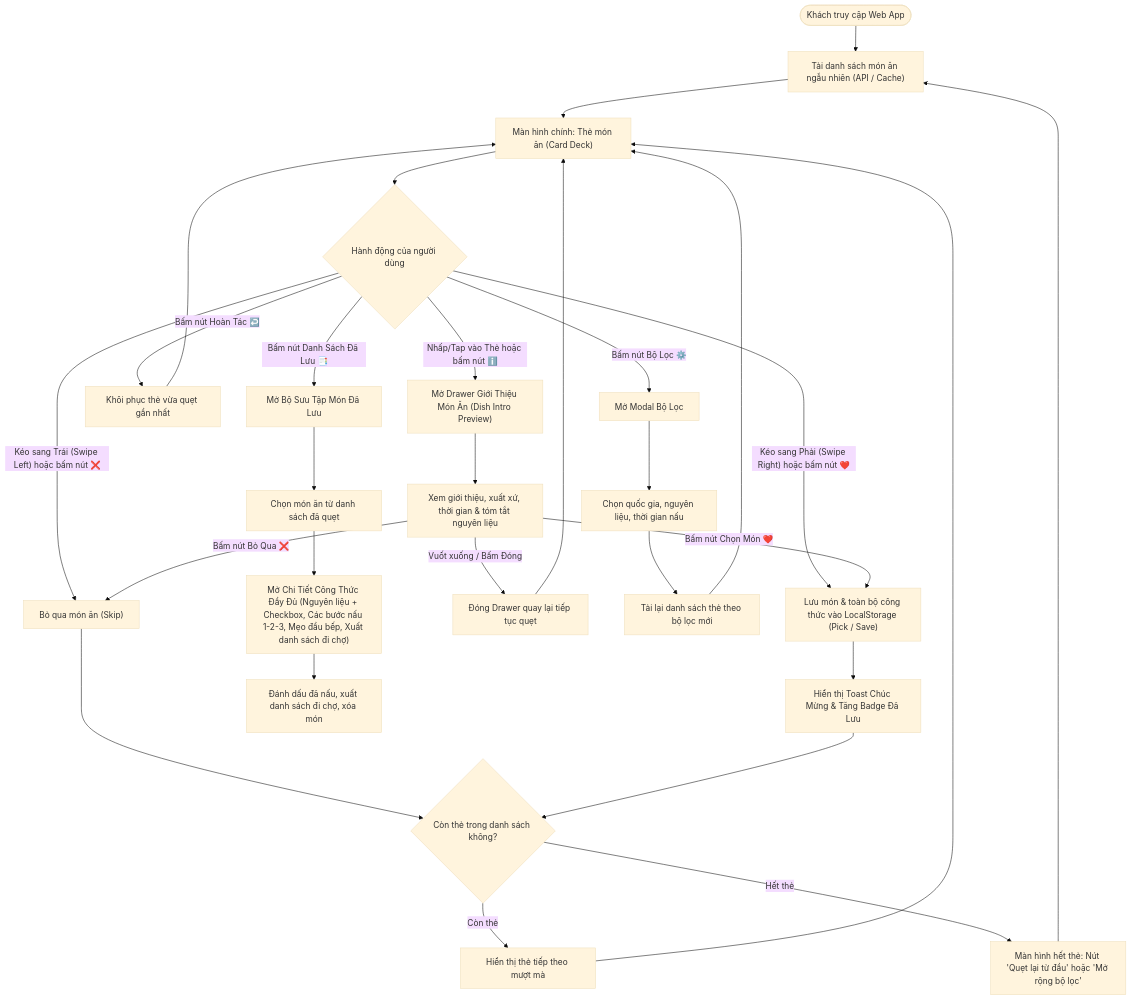
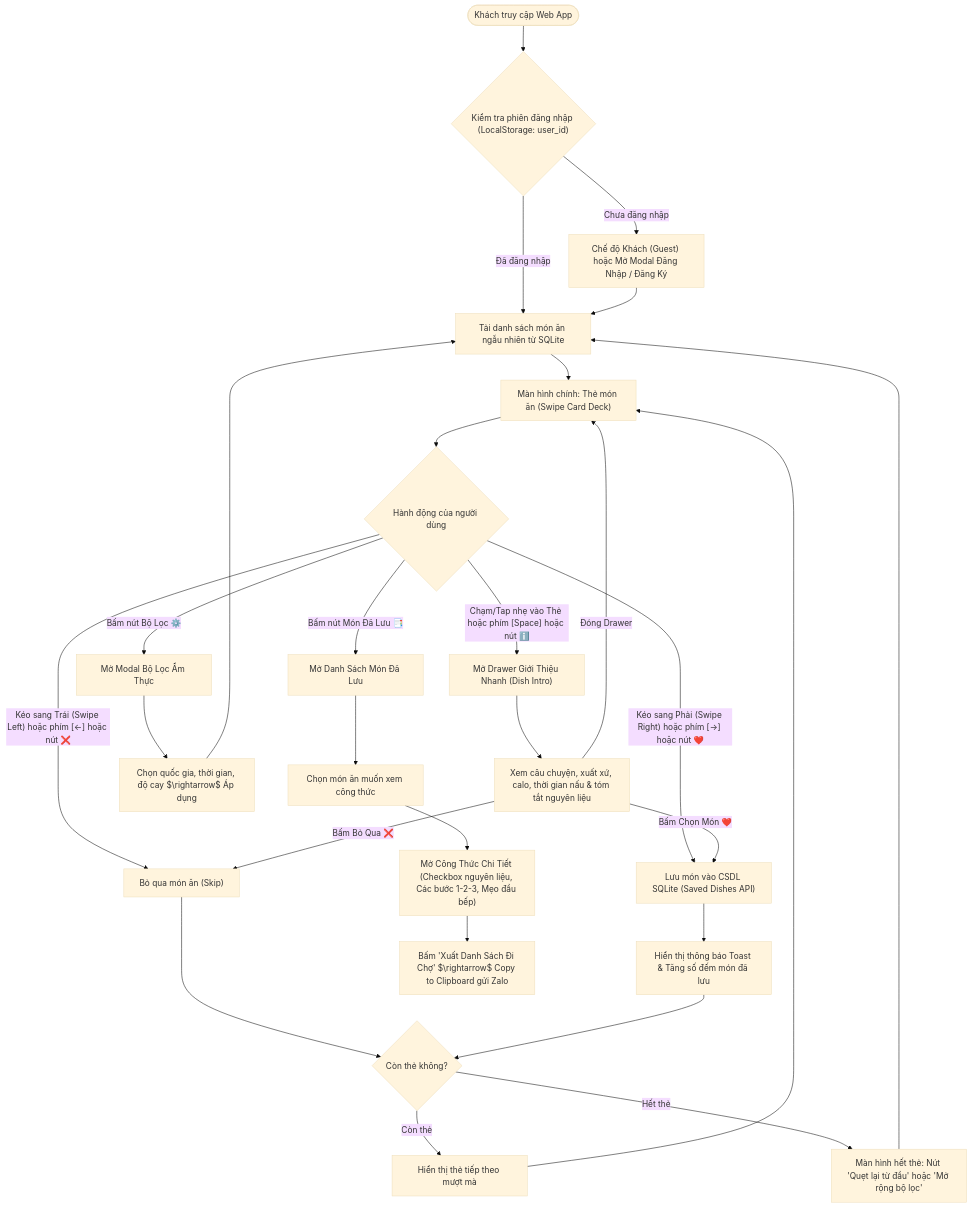
One commit to snowwminhduc1212/YumYumPick changed the first of 3 diagrams in docs/03_USER_FLOW_AND_UIUX_SPEC.md. Above: the diagram before and after it, drawn with Mermaid (base theme). The commit also changed other lines of this file and 9 other files, not shown here.

Commit message:
refactor: simplify project scope to 5-day sprint with SQLite, simple auth, responsive UI and parallel tasks

````diff
--- a/docs/03_USER_FLOW_AND_UIUX_SPEC.md
+++ b/docs/03_USER_FLOW_AND_UIUX_SPEC.md
@@ -9,41 +9,39 @@
 ```mermaid
 flowchart TD
-    Start(["Khách truy cập Web App"]) --> LoadCards["Tải danh sách món ăn ngẫu nhiên (API / Cache)"]
+    Start(["Khách truy cập Web App"]) --> CheckAuth{"Kiểm tra phiên đăng nhập (LocalStorage: user_id)"}
     
-    LoadCards --> MainScreen["Màn hình chính: Thẻ món ăn (Card Deck)"]
+    CheckAuth -- "Chưa đăng nhập" --> GuestMode["Chế độ Khách (Guest) hoặc Mở Modal Đăng Nhập / Đăng Ký"]
+    CheckAuth -- "Đã đăng nhập" --> LoadCards["Tải danh sách món ăn ngẫu nhiên từ SQLite"]
+    GuestMode --> LoadCards
+    
+    LoadCards --> MainScreen["Màn hình chính: Thẻ món ăn (Swipe Card Deck)"]
     
     MainScreen --> Decision{"Hành động của người dùng"}
     
-    Decision -- "Kéo sang Trái (Swipe Left) hoặc bấm nút ❌" --> SkipDish["Bỏ qua món ăn (Skip)"]
-    SkipDish --> CheckMore{"Còn thẻ trong danh sách không?"}
+    Decision -- "Kéo sang Trái (Swipe Left) hoặc phím [←] hoặc nút ❌" --> SkipDish["Bỏ qua món ăn (Skip)"]
+    SkipDish --> CheckMore{"Còn thẻ không?"}
     
-    Decision -- "Kéo sang Phải (Swipe Right) hoặc bấm nút ❤️" --> PickDish["Lưu món & toàn bộ công thức vào LocalStorage (Pick / Save)"]
-    PickDish --> ShowToast["Hiển thị Toast Chúc Mừng & Tăng Badge Đã Lưu"]
+    Decision -- "Kéo sang Phải (Swipe Right) hoặc phím [→] hoặc nút ❤️" --> PickDish["Lưu món vào CSDL SQLite (Saved Dishes API)"]
+    PickDish --> ShowToast["Hiển thị thông báo Toast & Tăng số đếm món đã lưu"]
     ShowToast --> CheckMore
     
-    Decision -- "Nhấp/Tap vào Thẻ hoặc bấm nút ℹ️" --> OpenIntroDrawer["Mở Drawer Giới Thiệu Món Ăn (Dish Intro Preview)"]
-    OpenIntroDrawer --> ViewIntro["Xem giới thiệu, xuất xứ, thời gian & tóm tắt nguyên liệu"]
-    ViewIntro -- "Bấm nút Chọn Món ❤️" --> PickDish
-    ViewIntro -- "Bấm nút Bỏ Qua ❌" --> SkipDish
-    ViewIntro -- "Vuốt xuống / Bấm Đóng" --> CloseDrawer["Đóng Drawer quay lại tiếp tục quẹt"]
-    CloseDrawer --> MainScreen
+    Decision -- "Chạm/Tap nhẹ vào Thẻ hoặc phím [Space] hoặc nút ℹ️" --> OpenIntroDrawer["Mở Drawer Giới Thiệu Nhanh (Dish Intro)"]
+    OpenIntroDrawer --> ViewIntro["Xem câu chuyện, xuất xứ, calo, thời gian nấu & tóm tắt nguyên liệu"]
+    ViewIntro -- "Bấm Chọn Món ❤️" --> PickDish
+    ViewIntro -- "Bấm Bỏ Qua ❌" --> SkipDish
+    ViewIntro -- "Đóng Drawer" --> MainScreen
     
-    Decision -- "Bấm nút Hoàn Tác ↩️" --> UndoAction["Khôi phục thẻ vừa quẹt gần nhất"]
-    UndoAction --> MainScreen
+    Decision -- "Bấm nút Bộ Lọc ⚙️" --> OpenFilter["Mở Modal Bộ Lọc Ẩm Thực"]
+    OpenFilter --> ApplyFilter["Chọn quốc gia, thời gian, độ cay $\rightarrow$ Áp dụng"]
+    ApplyFilter --> LoadCards
     
-    Decision -- "Bấm nút Bộ Lọc ⚙️" --> OpenFilter["Mở Modal Bộ Lọc"]
-    ApplyFilter["Chọn quốc gia, nguyên liệu, thời gian nấu"]
-    OpenFilter --> ApplyFilter
-    ApplyFilter --> ReloadFiltered["Tải lại danh sách thẻ theo bộ lọc mới"]
-    ReloadFiltered --> MainScreen
+    Decision -- "Bấm nút Món Đã Lưu 📑" --> SavedScreen["Mở Danh Sách Món Đã Lưu"]
+    SavedScreen --> SelectSaved["Chọn món ăn muốn xem công thức"]
+    SelectSaved --> FullRecipeModal["Mở Công Thức Chi Tiết (Checkbox nguyên liệu, Các bước 1-2-3, Mẹo đầu bếp)"]
+    FullRecipeModal --> SmartGrocery["Bấm 'Xuất Danh Sách Đi Chợ' $\rightarrow$ Copy to Clipboard gửi Zalo"]
     
-    Decision -- "Bấm nút Danh Sách Đã Lưu 📑" --> SavedScreen["Mở Bộ Sưu Tập Món Đã Lưu"]
-    SavedScreen --> SelectSaved["Chọn món ăn từ danh sách đã quẹt"]
-    SelectSaved --> FullRecipeModal["Mở Chi Tiết Công Thức Đầy Đủ (Nguyên liệu + Checkbox, Các bước nấu 1-2-3, Mẹo đầu bếp, Xuất danh sách đi chợ)"]
-    FullRecipeModal --> ManageSaved["Đánh dấu đã nấu, xuất danh sách đi chợ, xóa món"]
-
     CheckMore -- "Còn thẻ" --> NextCard["Hiển thị thẻ tiếp theo mượt mà"]
     NextCard --> MainScreen
     CheckMore -- "Hết thẻ" --> EmptyState["Màn hình hết thẻ: Nút 'Quẹt lại từ đầu' hoặc 'Mở rộng bộ lọc'"]
     EmptyState --> LoadCards
 ```
````
